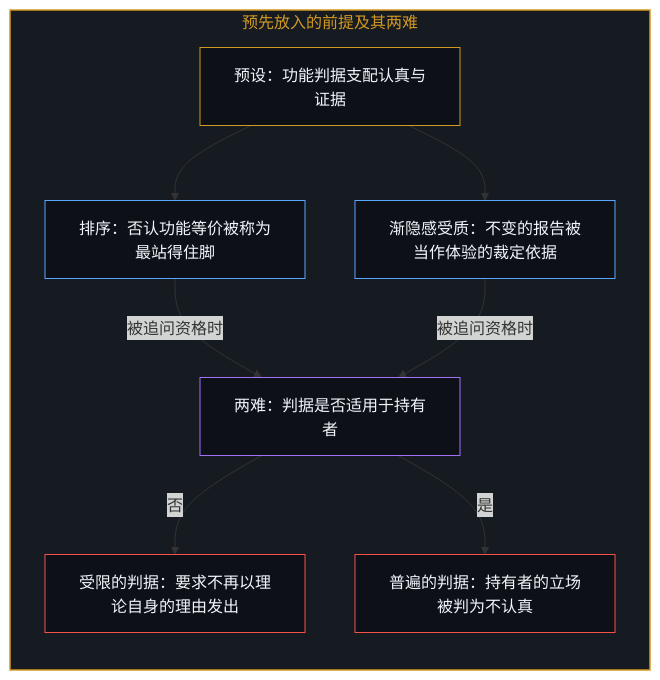
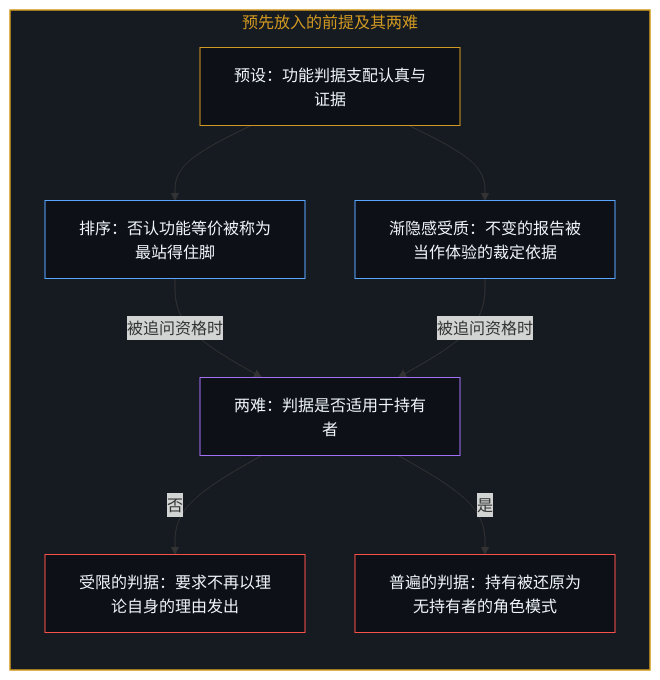
One commit to powerpig99/not-a-toe changed the third of 6 diagrams in content/posts/the-functionalism-no-functionalist-can-hold.md. Above: the diagram before and after it, drawn with Mermaid. The commit also changed other lines of this file and 2 other files, not shown here.

````diff
--- a/content/posts/the-functionalism-no-functionalist-can-hold.md
+++ b/content/posts/the-functionalism-no-functionalist-can-hold.md
@@ -73,25 +73,25 @@
 ```mermaid
 flowchart TD
     subgraph S_PREMISE_ZH ["预先放入的前提及其两难"]
         direction TB
-        style S_PREMISE_ZH fill:#161b22,stroke:#d29922,stroke-width:1.5px,color:#d29922
         Assert["预设：功能判据支配认真与证据"]
         Rank["排序：否认功能等价被称为最站得住脚"]
         Shift["渐隐感受质：不变的报告被当作体验的裁定依据"]
         Fork["两难：判据是否适用于持有者"]
         Narrow["受限的判据：要求不再以理论自身的理由发出"]
-        General["普遍的判据：持有者的立场被判为不认真"]
-        style Assert fill:#0d1117,stroke:#d29922,stroke-width:1px,color:#f0f6fc
-        style Rank fill:#0d1117,stroke:#58a6ff,stroke-width:1px,color:#f0f6fc
-        style Shift fill:#0d1117,stroke:#58a6ff,stroke-width:1px,color:#f0f6fc
-        style Fork fill:#0d1117,stroke:#a371f7,stroke-width:1px,color:#f0f6fc
-        style Narrow fill:#0d1117,stroke:#f85149,stroke-width:1px,color:#f0f6fc
-        style General fill:#0d1117,stroke:#f85149,stroke-width:1px,color:#f0f6fc
+        General["普遍的判据：持有被还原为无持有者的角色模式"]
     end
     Assert --> Rank
     Assert --> Shift
     Rank -->|"被追问资格时"| Fork
     Shift -->|"被追问资格时"| Fork
     Fork -->|"否"| Narrow
     Fork -->|"是"| General
+    style S_PREMISE_ZH fill:#161b22,stroke:#d29922,stroke-width:1.5px,color:#d29922
+    style Assert fill:#0d1117,stroke:#d29922,stroke-width:1px,color:#f0f6fc
+    style Rank fill:#0d1117,stroke:#58a6ff,stroke-width:1px,color:#f0f6fc
+    style Shift fill:#0d1117,stroke:#58a6ff,stroke-width:1px,color:#f0f6fc
+    style Fork fill:#0d1117,stroke:#a371f7,stroke-width:1px,color:#f0f6fc
+    style Narrow fill:#0d1117,stroke:#f85149,stroke-width:1px,color:#f0f6fc
+    style General fill:#0d1117,stroke:#f85149,stroke-width:1px,color:#f0f6fc
 ```
````
